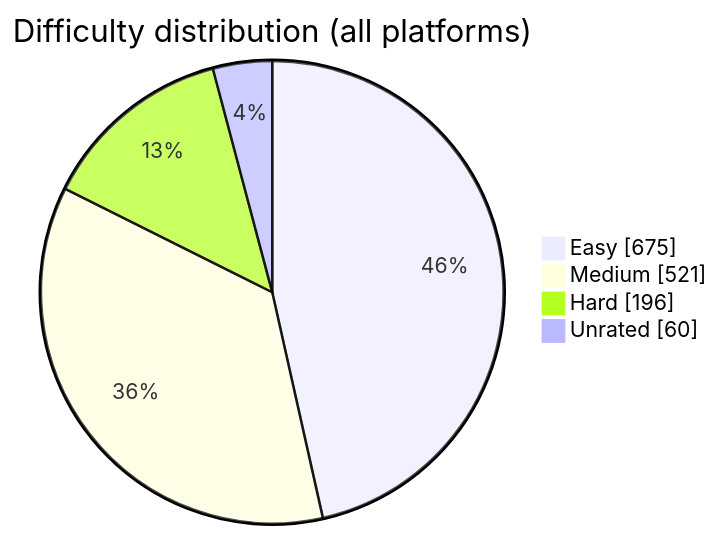
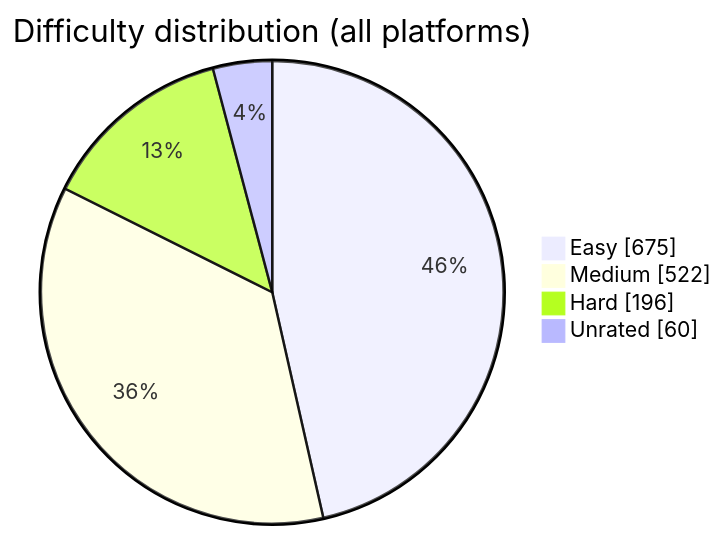
Before and after one commit to BuildbyArindam/Daily-Coding-Log: the diagram in README.md, drawn with Mermaid. The commit also changed other lines of this file, not shown here.

````diff
--- a/README.md
+++ b/README.md
@@ -93,7 +93,7 @@
 ```mermaid
 pie showData title Difficulty distribution (all platforms)
     "Easy" : 675
-    "Medium" : 521
+    "Medium" : 522
     "Hard" : 196
     "Unrated" : 60
 ```
````
